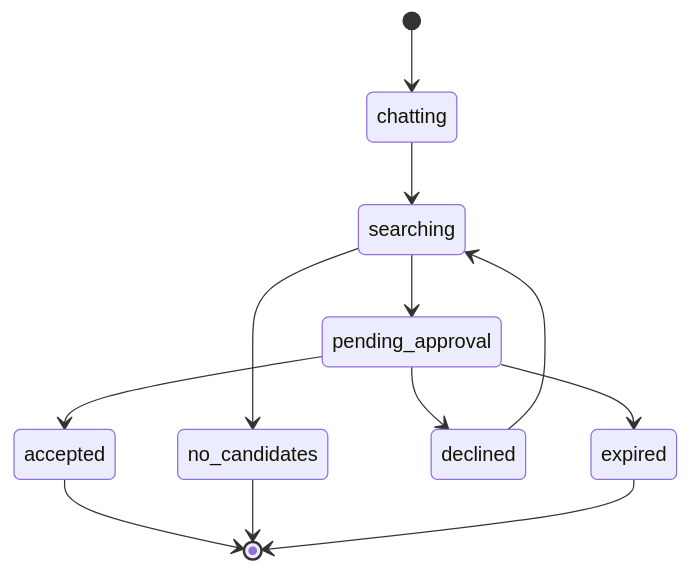
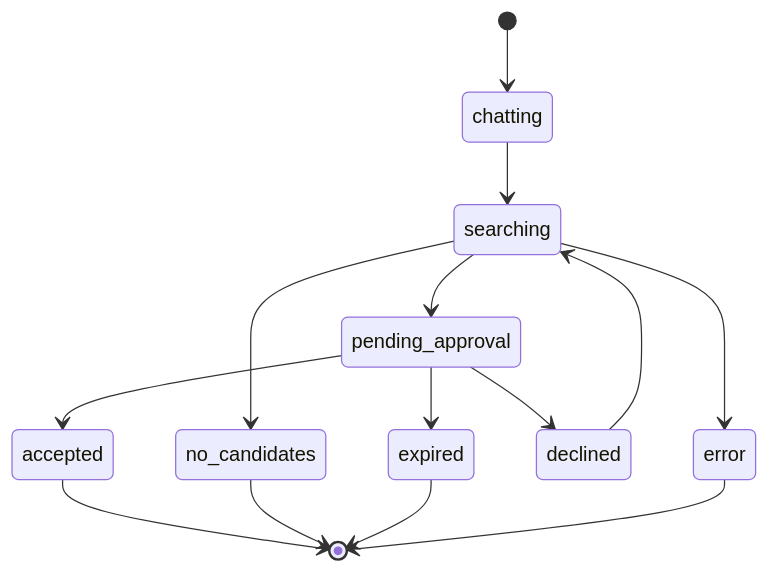
The diagram in spec/features/matchmaking-flow.md (Bar805/Kintsu), drawn with Mermaid before and after one commit. The commit also changed other lines of this file and 7 other files, not shown here.

````diff
--- a/spec/features/matchmaking-flow.md
+++ b/spec/features/matchmaking-flow.md
@@ -19,14 +19,16 @@
 ```mermaid
 stateDiagram-v2
     [*] --> chatting
     chatting --> searching
     searching --> pending_approval
     searching --> no_candidates
+    searching --> error
     pending_approval --> accepted
     pending_approval --> declined
     pending_approval --> expired
     declined --> searching
     accepted --> [*]
     no_candidates --> [*]
     expired --> [*]
+    error --> [*]
 ```
````
